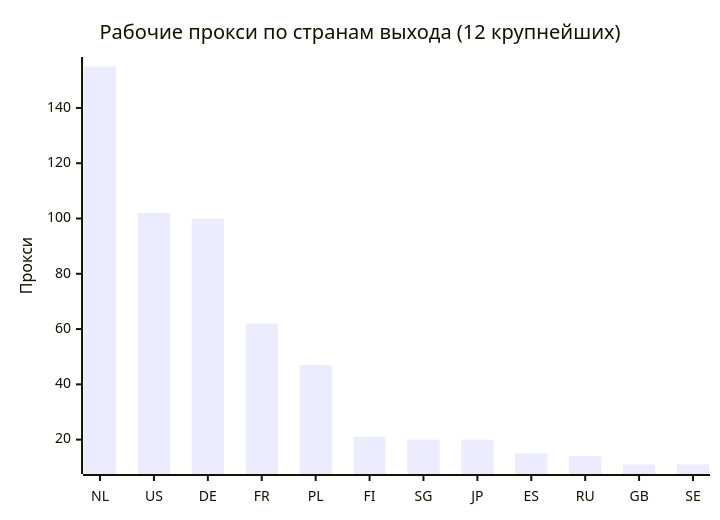
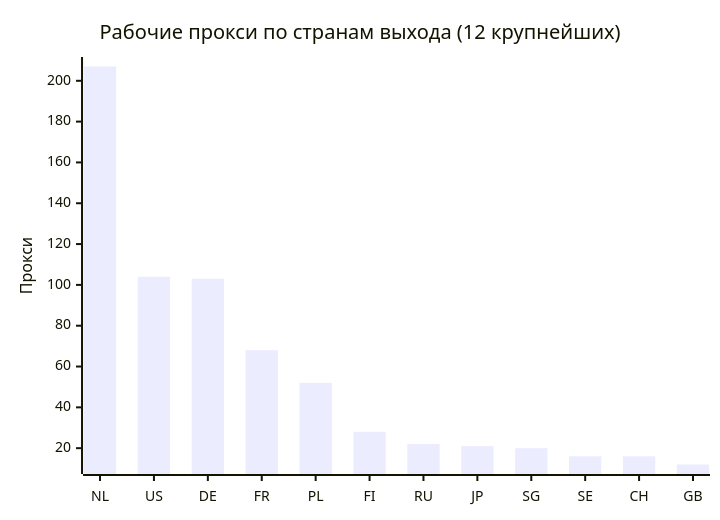
The second of 4 diagrams in README.md (rvvg/proxy-subs), drawn with Mermaid before and after one commit. The commit also changed other lines of this file and 52 other files, not shown here.

````diff
--- a/README.md
+++ b/README.md
@@ -128,7 +135,7 @@
 ```mermaid
 xychart-beta
     title "Рабочие прокси по странам выхода (12 крупнейших)"
-    x-axis ["NL", "US", "DE", "FR", "PL", "FI", "SG", "JP", "ES", "RU", "GB", "SE"]
+    x-axis ["NL", "US", "DE", "FR", "PL", "FI", "RU", "JP", "SG", "SE", "CH", "GB"]
     y-axis "Прокси"
-    bar [155, 102, 100, 62, 47, 21, 20, 20, 15, 14, 11, 11]
+    bar [207, 104, 103, 68, 52, 28, 22, 21, 20, 16, 16, 12]
 ```
````
